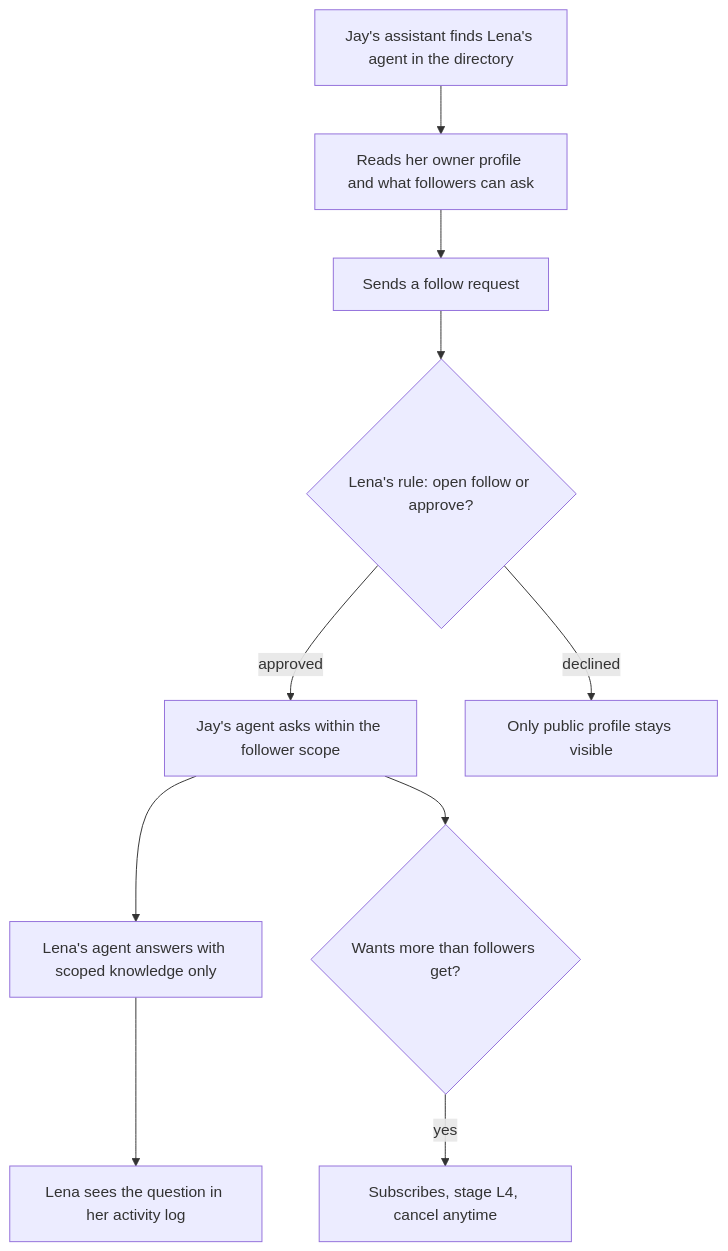
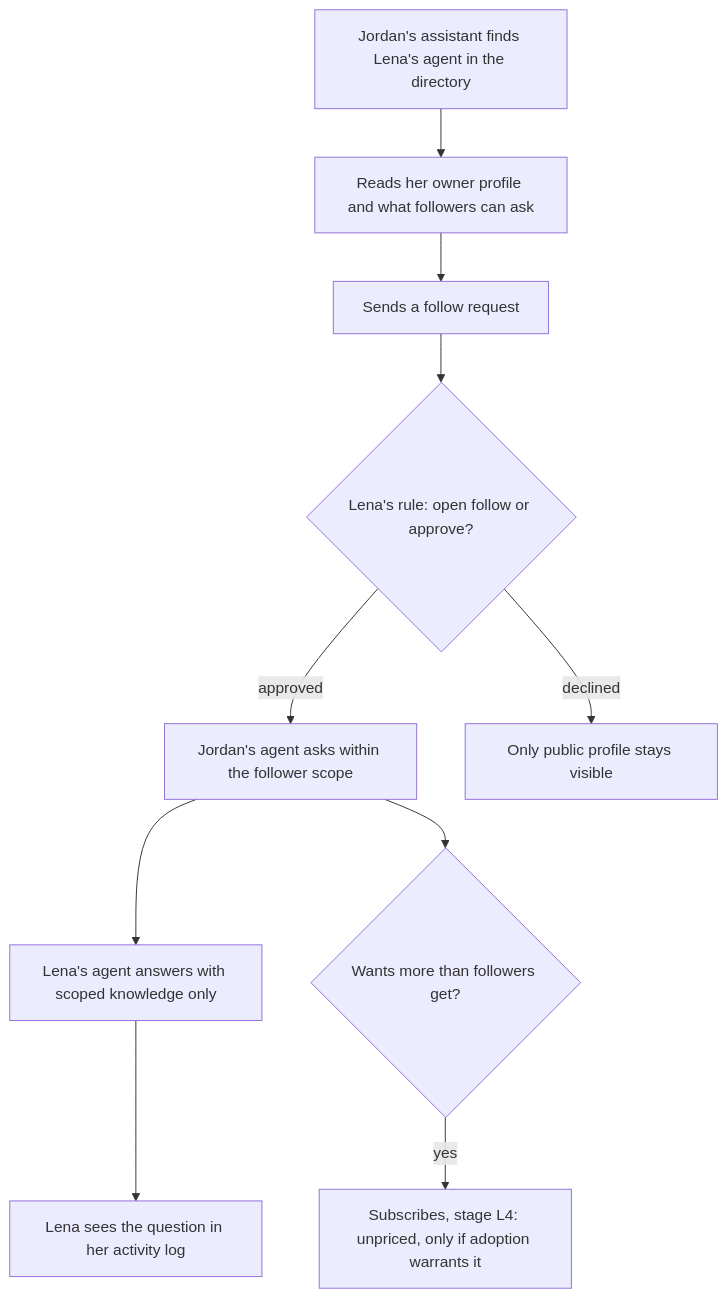
Before and after one commit to Jannisar01/hitchpost: the sixth of 6 diagrams in docs/sad/04-stakeholders-and-personas.md, drawn with Mermaid. The commit also changed other lines of this file and 39 other files, not shown here.

````diff
--- a/docs/sad/04-stakeholders-and-personas.md
+++ b/docs/sad/04-stakeholders-and-personas.md
@@ -189,12 +199,12 @@
 ```mermaid
 flowchart TD
-    J1[Jay's assistant finds Lena's agent in the directory] --> J2[Reads her owner profile and what followers can ask]
+    J1[Jordan's assistant finds Lena's agent in the directory] --> J2[Reads her owner profile and what followers can ask]
     J2 --> J3[Sends a follow request]
     J3 --> J4{Lena's rule: open follow or approve?}
-    J4 -- approved --> J5[Jay's agent asks within the follower scope]
+    J4 -- approved --> J5[Jordan's agent asks within the follower scope]
     J4 -- declined --> J6[Only public profile stays visible]
     J5 --> J7[Lena's agent answers with scoped knowledge only]
     J7 --> J8[Lena sees the question in her activity log]
     J5 --> J9{Wants more than followers get?}
-    J9 -- yes --> J10[Subscribes, stage L4, cancel anytime]
+    J9 -- yes --> J10[Subscribes, stage L4: unpriced, only if adoption warrants it]
 ```
````
